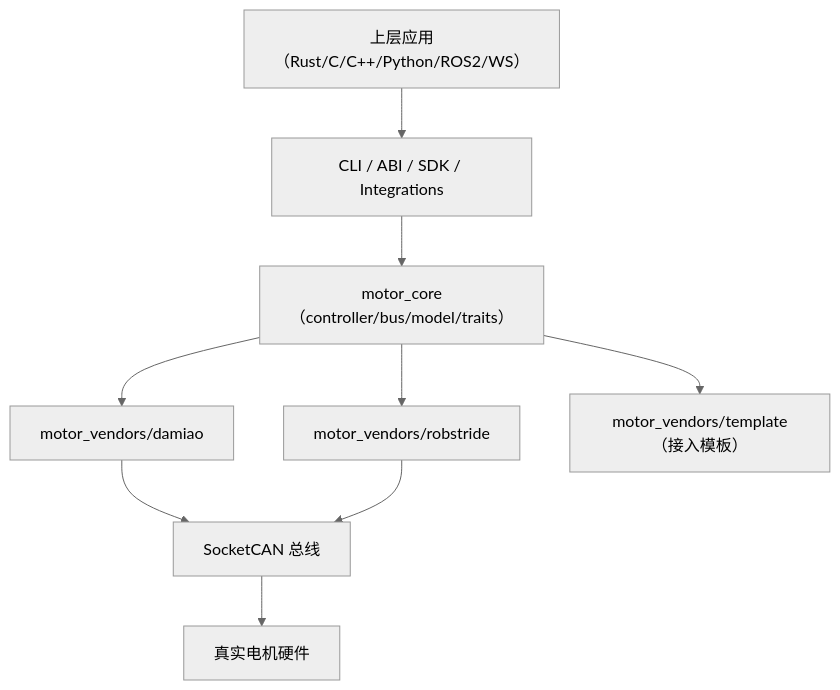
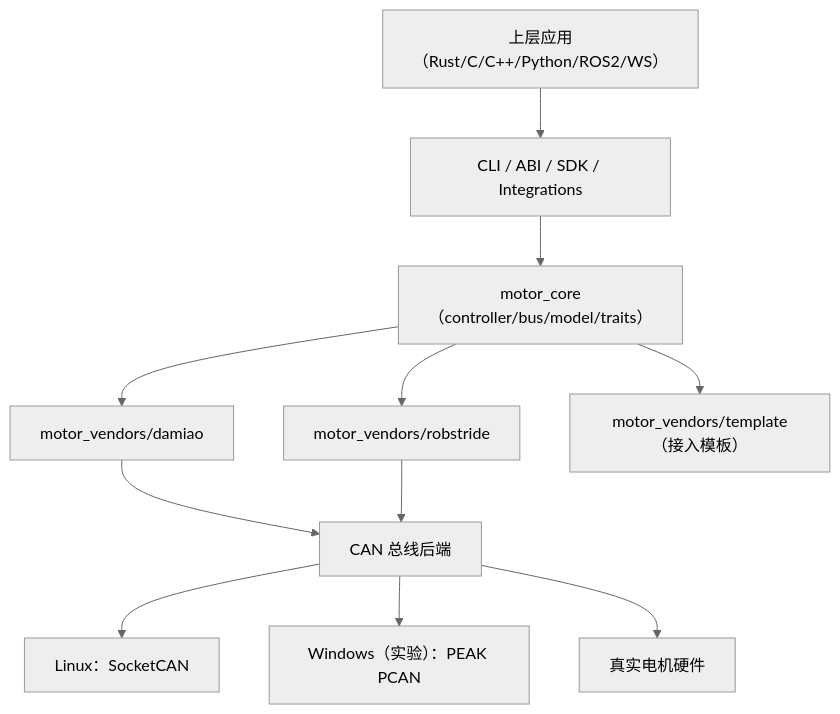
One commit to tianrking/motorbridge changed the first of 2 diagrams in docs/zh/architecture.md. Above: the diagram before and after it, drawn with Mermaid (neutral theme). The commit also changed other lines of this file and 30 other files, not shown here.

Commit message:
Add experimental Windows PCAN backend, packaging fixes, and docs

````diff
--- a/docs/zh/architecture.md
+++ b/docs/zh/architecture.md
@@ -5,11 +5,13 @@
 ```mermaid
 flowchart TB
   APP["上层应用（Rust/C/C++/Python/ROS2/WS）"] --> SURFACE["CLI / ABI / SDK / Integrations"]
   SURFACE --> CORE["motor_core（controller/bus/model/traits）"]
   CORE --> DAMIAO["motor_vendors/damiao"]
   CORE --> ROBSTRIDE["motor_vendors/robstride"]
   CORE --> TEMPLATE["motor_vendors/template（接入模板）"]
-  DAMIAO --> CAN["SocketCAN 总线"]
+  DAMIAO --> CAN["CAN 总线后端"]
   ROBSTRIDE --> CAN
+  CAN --> LNX["Linux：SocketCAN"]
+  CAN --> WIN["Windows（实验）：PEAK PCAN"]
   CAN --> HW["真实电机硬件"]
 ```
````
